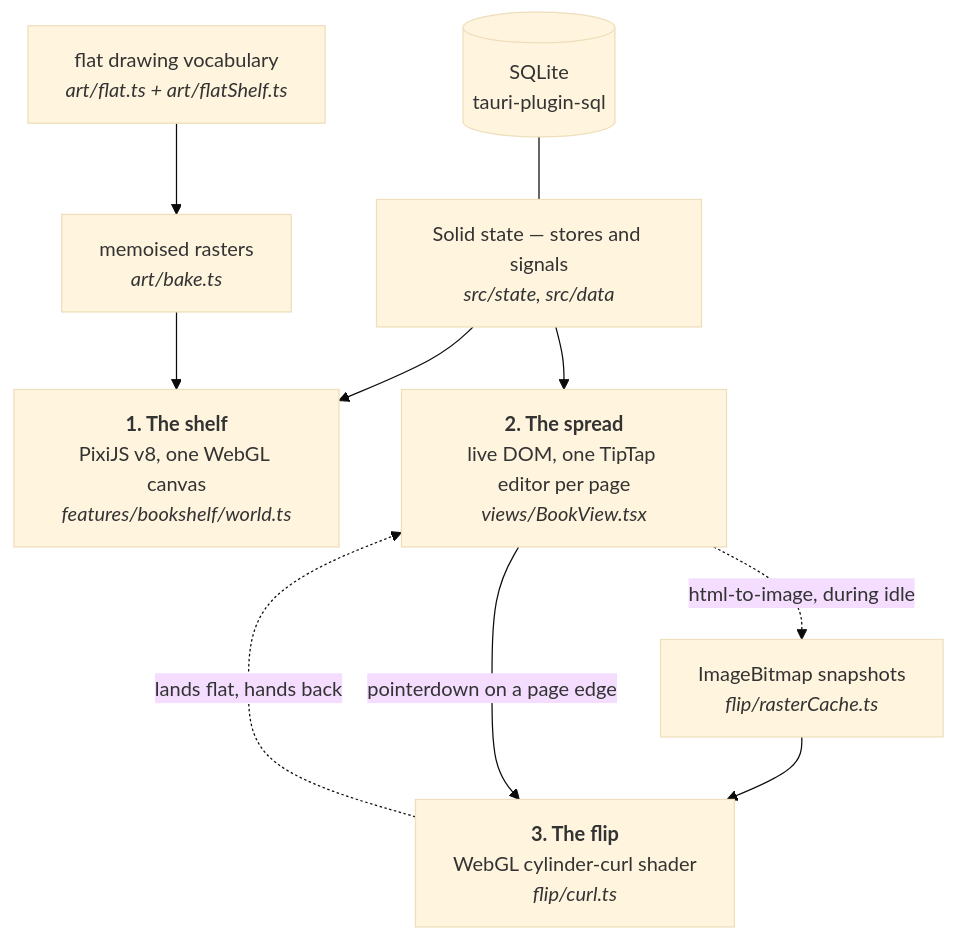
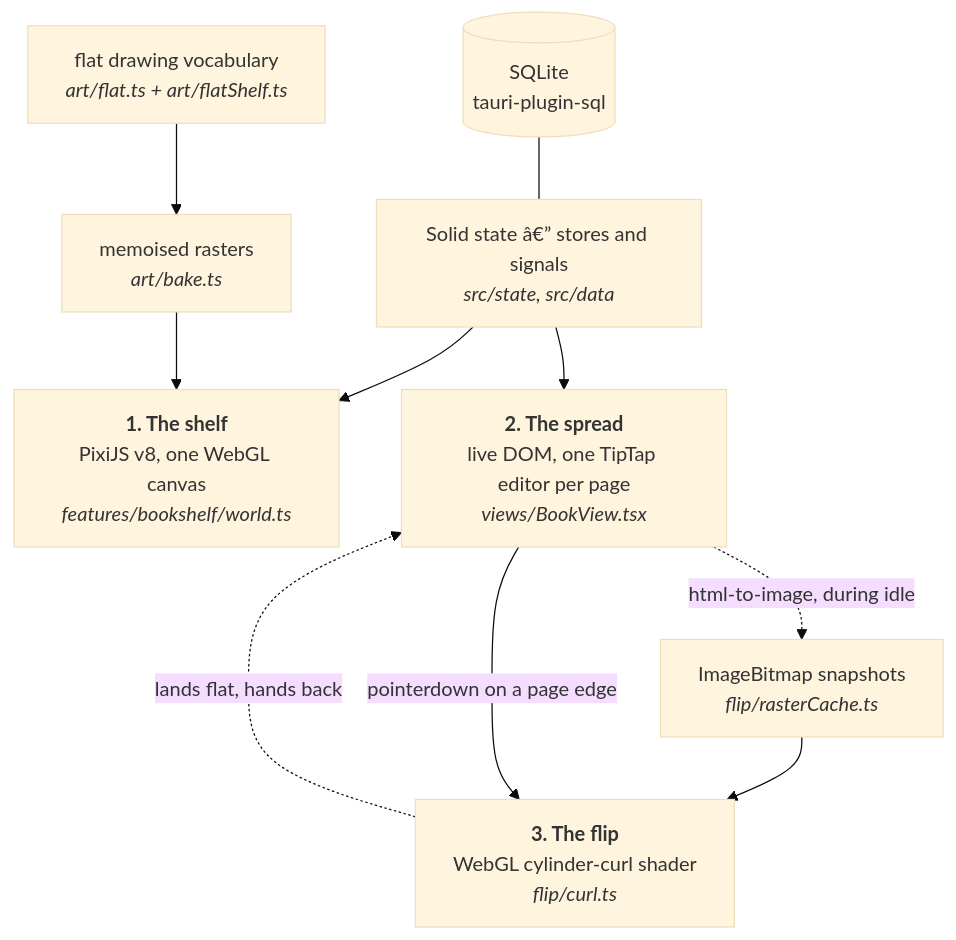
Before and after one commit to AkshitIreddy/Alcove: the diagram in docs/readme/part-2-developers.md, drawn with Mermaid (base theme). The commit also changed other lines of this file and 17 other files, not shown here.

````diff
--- a/docs/readme/part-2-developers.md
+++ b/docs/readme/part-2-developers.md
@@ -13,17 +13,17 @@
 ```mermaid
 flowchart TD
-    S["Solid state — stores and signals<br/><i>src/state, src/data</i>"]
+    S["Solid state â€” stores and signals<br/><i>src/state, src/data</i>"]
     DB[("SQLite<br/>tauri-plugin-sql")]
     DB --- S
 
     S --> W["<b>1. The shelf</b><br/>PixiJS v8, one WebGL canvas<br/><i>features/bookshelf/world.ts</i>"]
     S --> D["<b>2. The spread</b><br/>live DOM, one TipTap editor per page<br/><i>views/BookView.tsx</i>"]
 
     A["flat drawing vocabulary<br/><i>art/flat.ts + art/flatShelf.ts</i>"] --> B["memoised rasters<br/><i>art/bake.ts</i>"]
     B --> W
 
     D -. "html-to-image, during idle" .-> R["ImageBitmap snapshots<br/><i>flip/rasterCache.ts</i>"]
     R --> C["<b>3. The flip</b><br/>WebGL cylinder-curl shader<br/><i>flip/curl.ts</i>"]
     D -- "pointerdown on a page edge" --> C
     C -. "lands flat, hands back" .-> D
 ```
````
